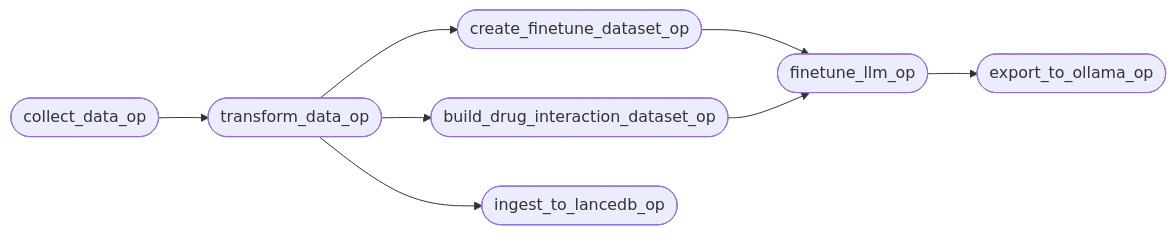
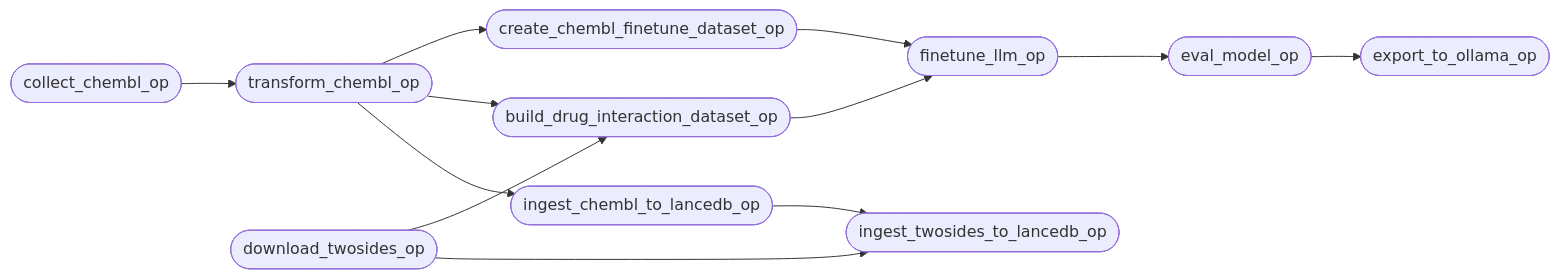
Before and after one commit to AymanSulaiman/chem_mlops: the first of 4 diagrams in app/orchestration/README.md, drawn with Mermaid. The commit also changed other lines of this file and 19 other files, not shown here.

````diff
--- a/app/orchestration/README.md
+++ b/app/orchestration/README.md
@@ -21,13 +21,18 @@
 ```mermaid
 flowchart LR
-    A([collect_data_op]) --> B([transform_data_op])
+    A([collect_chembl_op]) --> B([transform_chembl_op])
+    S3([download_twosides_op]) --> DDI
 
-    B --> C([create_finetune_dataset_op])
-    B --> D([build_drug_interaction_dataset_op])
-    B --> E([ingest_to_lancedb_op])
+    B --> C([create_chembl_finetune_dataset_op])
+    B --> DDI([build_drug_interaction_dataset_op])
+    B --> E([ingest_chembl_to_lancedb_op])
+
+    E --> TW([ingest_twosides_to_lancedb_op])
+    S3 --> TW
 
     C --> F([finetune_llm_op])
-    D --> F
+    DDI --> F
 
-    F --> G([export_to_ollama_op])
+    F --> G([eval_model_op])
+    G --> H([export_to_ollama_op])
 ```
````
